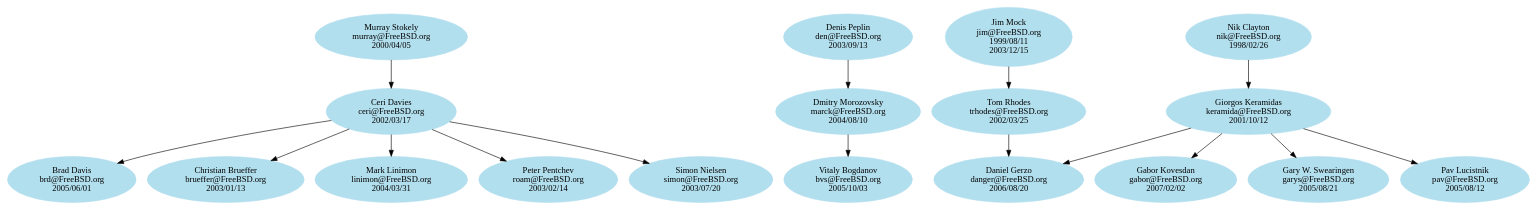
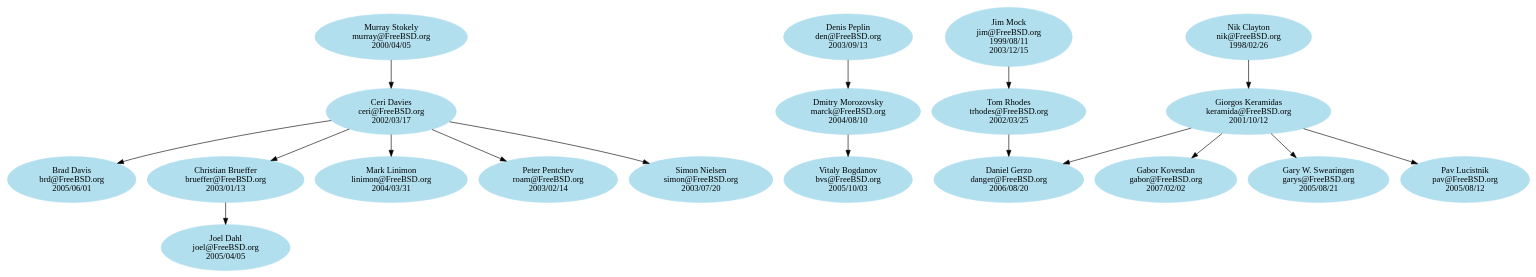
Before and after one commit to kelvinyu/unix-history-repo: the diagram in share/misc/committers-doc.dot, drawn with Graphviz.

Commit message:
Add myself.

```diff
--- a/share/misc/committers-doc.dot
+++ b/share/misc/committers-doc.dot
@@ -1,74 +1,77 @@
 # $FreeBSD$
 
 digraph doc {
 
 # Node definitions follow this example:
 #
 #   foo [label="Foo Bar\nfoo@FreeBSD.org\n????/??/??"]
 #
 # ????/??/?? is the date when the commit bit was obtained, usually the one you
 # can find looking at CVS logs for the access (or avail) file under CVSROOT.
 # Use YYYY/MM/DD format.
 #
 # For returned commit bits, the node definition will follow this example:
 #
 #   foo [label="Foo Bar\nfoo@FreeBSD.org\n????/??/??\n????/??/??"]
 #
 # The first date is the same as for an active committer, the second date is
 # the date when the commit bit has been returned. Again, check CVS logs.
 
 node [color=grey62, style=filled, bgcolor=black];
 
 # Alumni go here. Try to keep things sorted.
 
 node [color=lightblue2, style=filled, bgcolor=black];
 
 # Current doc committers go here. Try to keep things sorted.
 
 brd [label="Brad Davis\nbrd@FreeBSD.org\n2005/06/01"]
 brueffer [label="Christian Brueffer\nbrueffer@FreeBSD.org\n2003/01/13"]
 bvs [label="Vitaly Bogdanov\nbvs@FreeBSD.org\n2005/10/03"]
 ceri [label="Ceri Davies\nceri@FreeBSD.org\n2002/03/17"]
 danger [label="Daniel Gerzo\ndanger@FreeBSD.org\n2006/08/20"]
 den [label="Denis Peplin\nden@FreeBSD.org\n2003/09/13"]
 gabor [label="Gabor Kovesdan\ngabor@FreeBSD.org\n2007/02/02"]
 garys [label="Gary W. Swearingen\ngarys@FreeBSD.org\n2005/08/21"]
 jim [label="Jim Mock\njim@FreeBSD.org\n1999/08/11\n2003/12/15"]
+joel [label="Joel Dahl\njoel@FreeBSD.org\n2005/04/05"]
 keramida [label="Giorgos Keramidas\nkeramida@FreeBSD.org\n2001/10/12"]
 linimon [label="Mark Linimon\nlinimon@FreeBSD.org\n2004/03/31"]
 marck [label="Dmitry Morozovsky\nmarck@FreeBSD.org\n2004/08/10"]
 murray [label="Murray Stokely\nmurray@FreeBSD.org\n2000/04/05"]
 nik [label="Nik Clayton\nnik@FreeBSD.org\n1998/02/26"]
 roam [label="Peter Pentchev\nroam@FreeBSD.org\n2003/02/14"]
 simon [label="Simon Nielsen\nsimon@FreeBSD.org\n2003/07/20"]
 trhodes [label="Tom Rhodes\ntrhodes@FreeBSD.org\n2002/03/25"]
 pav [label="Pav Lucistnik\npav@FreeBSD.org\n2005/08/12"]
 
 # Here are the mentor/mentee relationships.
 # Group together all the mentees for a particular mentor.
 # Keep the list sorted by mentor login.
+
+brueffer -> joel
 
 ceri -> brd
 ceri -> brueffer
 ceri -> linimon
 ceri -> roam
 ceri -> simon
 
 den -> marck
 
 jim -> trhodes
 
 keramida -> danger
 keramida -> gabor
 keramida -> garys
 keramida -> pav
 
 marck -> bvs
 
 murray -> ceri
 
 nik -> keramida
 
 trhodes -> danger
 
 }
```
